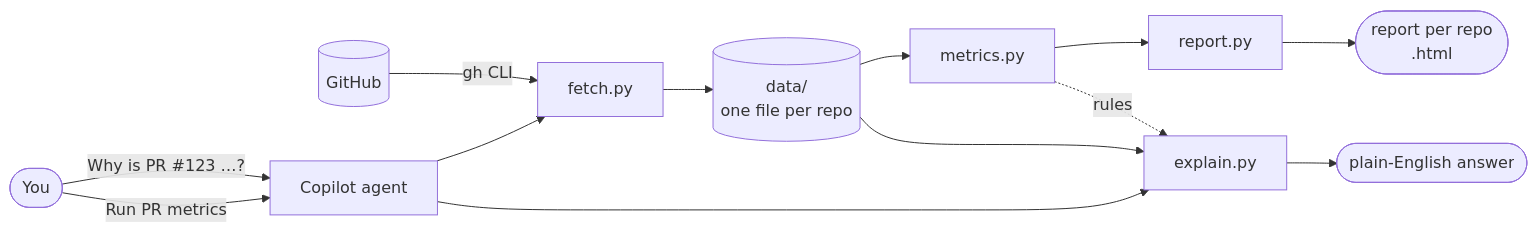
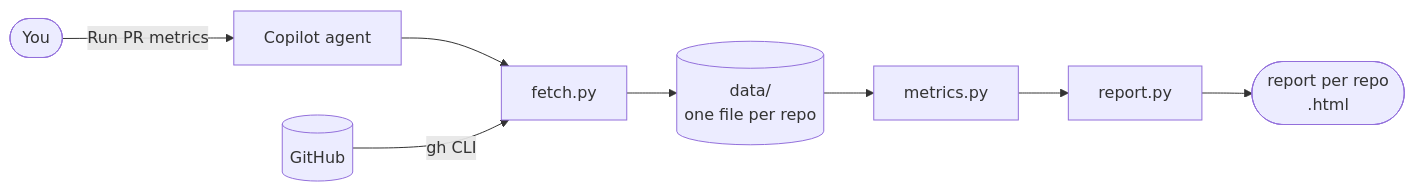
Before and after one commit to thomas3577-star/gh-pr-metrics: the first of 2 diagrams in README.md, drawn with Mermaid. The commit also changed other lines of this file, not shown here.

Commit message:
README: separate diagrams for reports and questions

````diff
--- a/README.md
+++ b/README.md
@@ -9,15 +9,10 @@
 ```mermaid
 flowchart LR
     U([You]) -->|"Run PR metrics"| A[Copilot agent]
     A --> F[fetch.py]
     G[(GitHub)] -->|gh CLI| F
     F --> D[(data/<br/>one file per repo)]
     D --> M[metrics.py]
     M --> R[report.py]
     R --> H([report per repo<br/>.html])
-    U -->|"Why is PR #123 …?"| A
-    A --> E[explain.py]
-    D --> E
-    M -.->|rules| E
-    E --> P([plain-English answer])
 ```
````
